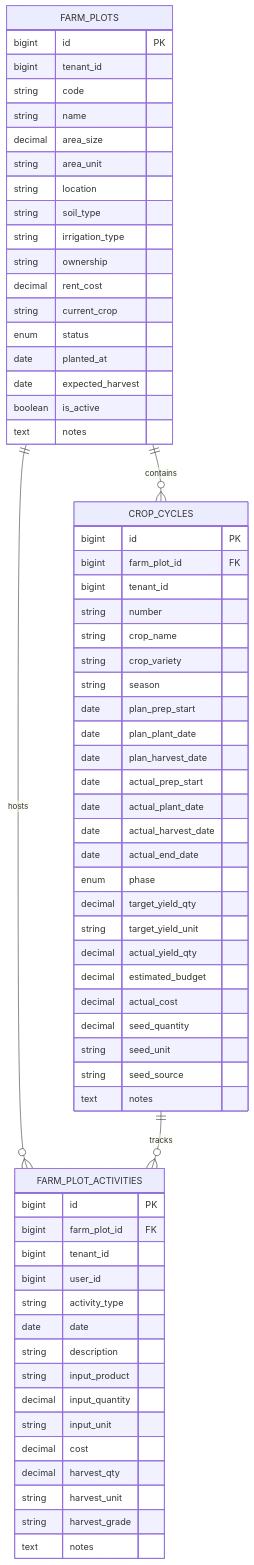
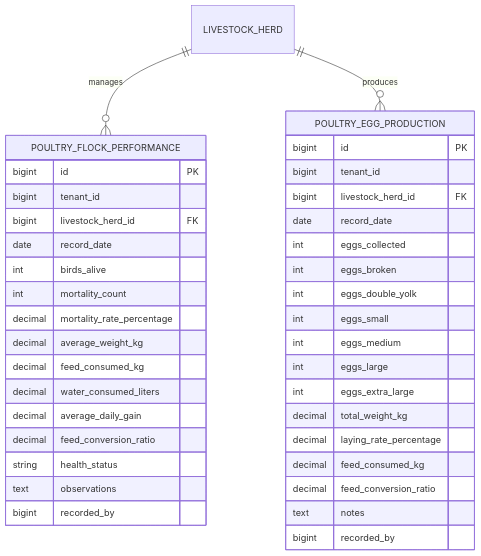
One commit to wahyudedik/qalcuityERP changed the sixth of 14 diagrams in .qoder/repowiki/en/content/Industry-Specific Modules/Livestock & Agriculture Module/Livestock & Agriculture Module.md. Above: the diagram before and after it, drawn with Mermaid. The commit also changed other lines of this file and 626 other files, not shown here.

````diff
--- a/.qoder/repowiki/en/content/Industry-Specific Modules/Livestock & Agriculture Module/Livestock & Agriculture Module.md
+++ b/.qoder/repowiki/en/content/Industry-Specific Modules/Livestock & Agriculture Module/Livestock & Agriculture Module.md
@@ -345,68 +470,41 @@
 ```mermaid
 erDiagram
-FARM_PLOTS {
+POULTRY_FLOCK_PERFORMANCE {
 bigint id PK
 bigint tenant_id
-string code
-string name
-decimal area_size
-string area_unit
-string location
-string soil_type
-string irrigation_type
-string ownership
-decimal rent_cost
-string current_crop
-enum status
-date planted_at
-date expected_harvest
-boolean is_active
+bigint livestock_herd_id FK
+date record_date
+int birds_alive
+int mortality_count
+decimal mortality_rate_percentage
+decimal average_weight_kg
+decimal feed_consumed_kg
+decimal water_consumed_liters
+decimal average_daily_gain
+decimal feed_conversion_ratio
+string health_status
+text observations
+bigint recorded_by
+}
+POULTRY_EGG_PRODUCTION {
+bigint id PK
+bigint tenant_id
+bigint livestock_herd_id FK
+date record_date
+int eggs_collected
+int eggs_broken
+int eggs_double_yolk
+int eggs_small
+int eggs_medium
+int eggs_large
+int eggs_extra_large
+decimal total_weight_kg
+decimal laying_rate_percentage
+decimal feed_consumed_kg
+decimal feed_conversion_ratio
 text notes
+bigint recorded_by
 }
-CROP_CYCLES {
-bigint id PK
-bigint farm_plot_id FK
-bigint tenant_id
-string number
-string crop_name
-string crop_variety
-string season
-date plan_prep_start
-date plan_plant_date
-date plan_harvest_date
-date actual_prep_start
-date actual_plant_date
-date actual_harvest_date
-date actual_end_date
-enum phase
-decimal target_yield_qty
-string target_yield_unit
-decimal actual_yield_qty
-decimal estimated_budget
-decimal actual_cost
-decimal seed_quantity
-string seed_unit
-string seed_source
-text notes
-}
-FARM_PLOT_ACTIVITIES {
-bigint id PK
-bigint farm_plot_id FK
-bigint tenant_id
-bigint user_id
-string activity_type
-date date
-string description
-string input_product
-decimal input_quantity
-string input_unit
-decimal cost
-decimal harvest_qty
-string harvest_unit
-string harvest_grade
-text notes
-}
-FARM_PLOTS ||--o{ CROP_CYCLES : "contains"
-FARM_PLOTS ||--o{ FARM_PLOT_ACTIVITIES : "hosts"
-CROP_CYCLES ||--o{ FARM_PLOT_ACTIVITIES : "tracks"
+LIVESTOCK_HERD ||--o{ POULTRY_FLOCK_PERFORMANCE : "manages"
+LIVESTOCK_HERD ||--o{ POULTRY_EGG_PRODUCTION : "produces"
 ```
````
